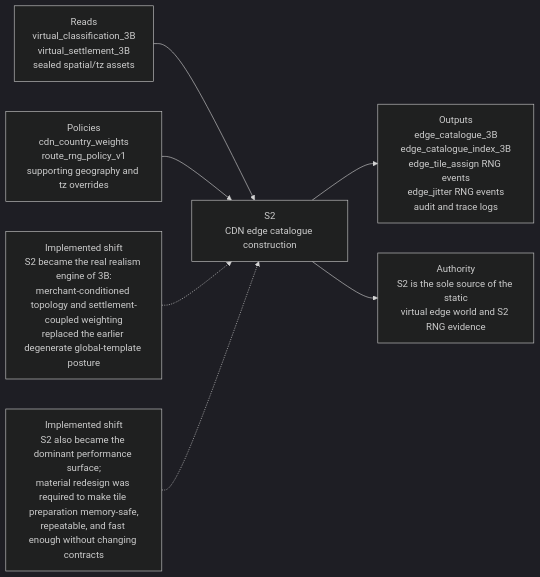
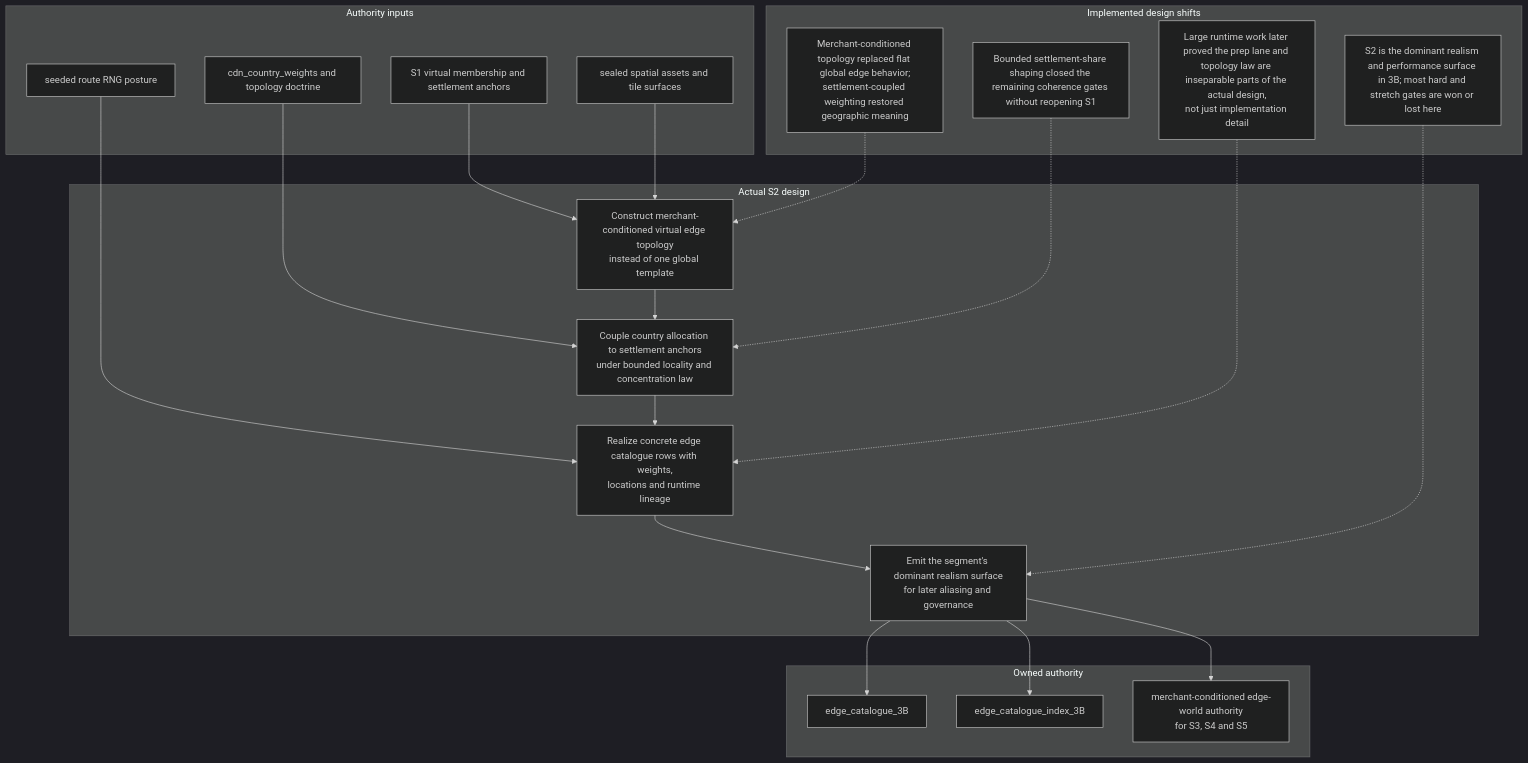
One commit to EsosaOrumwese/fraud-detection-system changed the diagram in docs/design/data-engine/layer-1/3B/3B-S2-design-flow.mmd. Above: the diagram before and after it, drawn with Mermaid (dark theme). The commit also changed 56 other files, not shown here.

First line of the commit message:
Refactor design flows for segments 3B and 5A to enhance clarity and authority structure

```diff
--- a/docs/design/data-engine/layer-1/3B/3B-S2-design-flow.mmd
+++ b/docs/design/data-engine/layer-1/3B/3B-S2-design-flow.mmd
@@ -1,18 +1,41 @@
-flowchart LR
-  I1["Reads<br/>virtual_classification_3B<br/>virtual_settlement_3B<br/>sealed spatial/tz assets"]
-  I2["Policies<br/>cdn_country_weights<br/>route_rng_policy_v1<br/>supporting geography and tz overrides"]
+flowchart TD
+  subgraph inputs["Authority inputs"]
+    I1["S1 virtual membership and settlement anchors"]
+    I2["sealed spatial assets and tile surfaces"]
+    I3["cdn_country_weights and topology doctrine"]
+    I4["seeded route RNG posture"]
+  end
 
-  S2["S2<br/>CDN edge catalogue construction"]
+  subgraph core["Actual S2 design"]
+    C1["Construct merchant-conditioned virtual edge topology<br/>instead of one global template"]
+    C2["Couple country allocation to settlement anchors<br/>under bounded locality and concentration law"]
+    C3["Realize concrete edge catalogue rows with weights,<br/>locations and runtime lineage"]
+    C4["Emit the segment's dominant realism surface<br/>for later aliasing and governance"]
+  end
 
-  O1["Outputs<br/>edge_catalogue_3B<br/>edge_catalogue_index_3B<br/>edge_tile_assign RNG events<br/>edge_jitter RNG events<br/>audit and trace logs"]
-  O2["Authority<br/>S2 is the sole source of the static<br/>virtual edge world and S2 RNG evidence"]
+  subgraph shifts["Implemented design shifts"]
+    S1["S2 is the dominant realism and performance surface in 3B; most hard and stretch gates are won or lost here"]
+    S2["Merchant-conditioned topology replaced flat global edge behavior;<br/>settlement-coupled weighting restored geographic meaning"]
+    S3["Large runtime work later proved the prep lane and topology law are inseparable parts of the actual design,<br/>not just implementation detail"]
+    S4["Bounded settlement-share shaping closed the remaining coherence gates without reopening S1"]
+  end
 
-  R1["Implemented shift<br/>S2 became the real realism engine of 3B:<br/>merchant-conditioned topology and settlement-coupled weighting<br/>replaced the earlier degenerate global-template posture"]
-  R2["Implemented shift<br/>S2 also became the dominant performance surface;<br/>material redesign was required to make tile preparation memory-safe,<br/>repeatable, and fast enough without changing contracts"]
+  subgraph outputs["Owned authority"]
+    O1["edge_catalogue_3B"]
+    O2["edge_catalogue_index_3B"]
+    O3["merchant-conditioned edge-world authority<br/>for S3, S4 and S5"]
+  end
 
-  I1 --> S2
-  I2 --> S2
-  S2 --> O1
-  S2 --> O2
-  R1 -.-> S2
-  R2 -.-> S2
+  I1 --> C1
+  I2 --> C1
+  I3 --> C2
+  I4 --> C3
+  C1 --> C2 --> C3 --> C4
+  C4 --> O1
+  C4 --> O2
+  C4 --> O3
+
+  S1 -.-> C4
+  S2 -.-> C1
+  S3 -.-> C3
+  S4 -.-> C2
```
